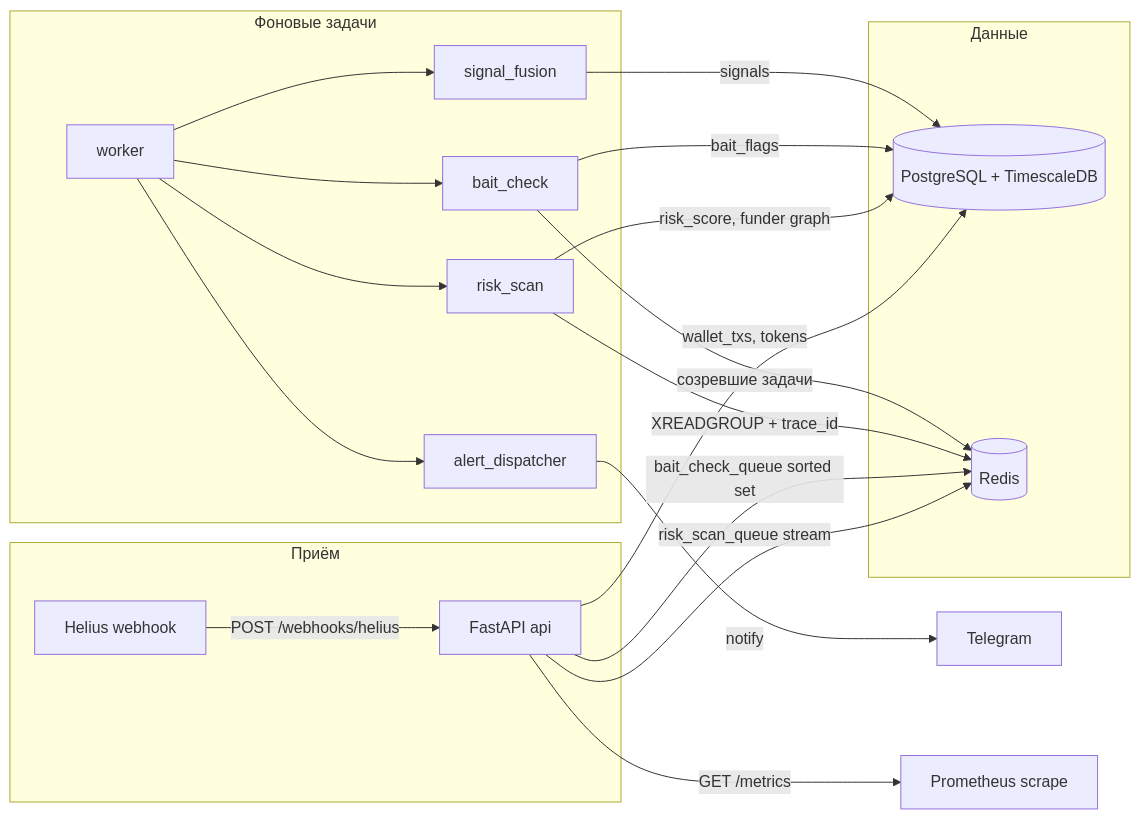
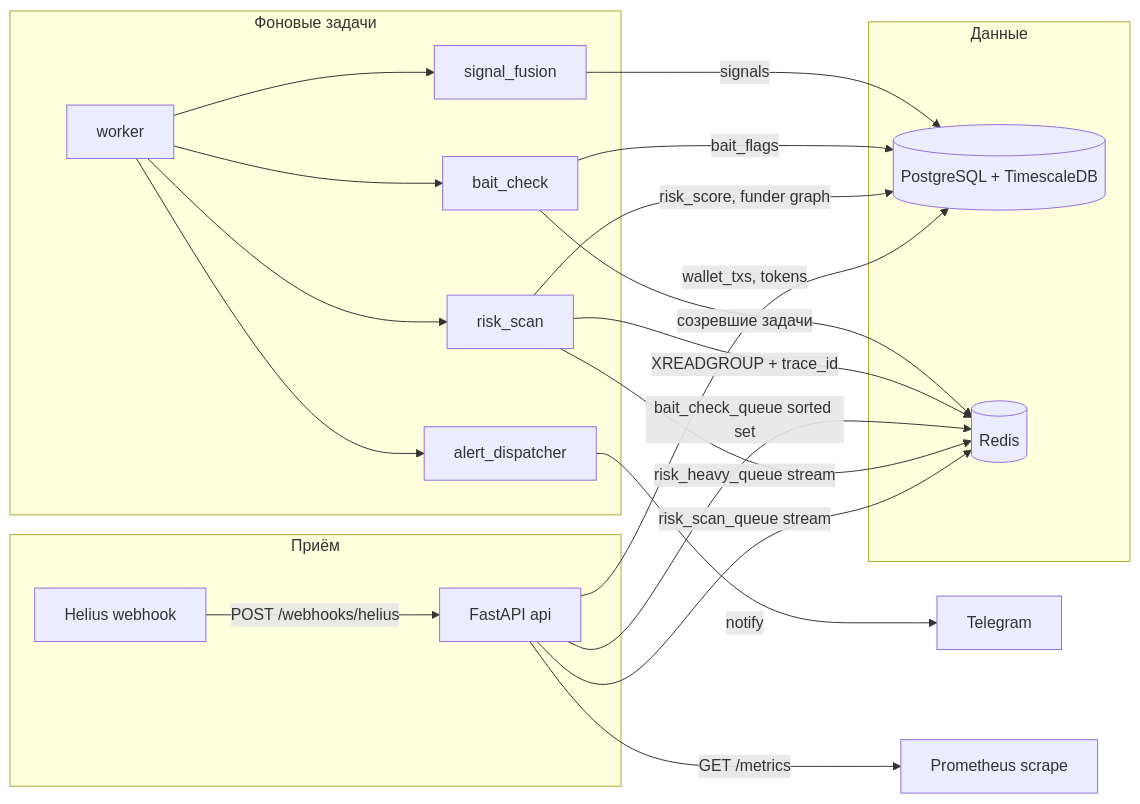
The diagram in README.md (in2erstellar/signal-agent), drawn with Mermaid before and after one commit. The commit also changed other lines of this file and 14 other files, not shown here.

First line of the commit message:
Split the risk scan so the heavy Helius walk does not hold the ack.

````diff
--- a/README.md
+++ b/README.md
@@ -11,35 +11,36 @@
 ```mermaid
 flowchart LR
   subgraph ingest [Приём]
     Helius[Helius webhook]
     API[FastAPI api]
   end
   subgraph data [Данные]
     PG[(PostgreSQL + TimescaleDB)]
     Redis[(Redis)]
   end
   subgraph jobs [Фоновые задачи]
     Worker[worker]
     Risk[risk_scan]
     Bait[bait_check]
     Fusion[signal_fusion]
     Alerts[alert_dispatcher]
   end
   TG[Telegram]
 
   Helius -->|POST /webhooks/helius| API
   API -->|wallet_txs, tokens| PG
   API -->|risk_scan_queue stream| Redis
+  Risk -->|risk_heavy_queue stream| Redis
   API -->|bait_check_queue sorted set| Redis
   Worker --> Risk
   Worker --> Bait
   Worker --> Fusion
   Worker --> Alerts
   Risk -->|XREADGROUP + trace_id| Redis
   Risk -->|risk_score, funder graph| PG
   Bait -->|созревшие задачи| Redis
   Bait -->|bait_flags| PG
   Fusion -->|signals| PG
   Alerts -->|notify| TG
   API -->|GET /metrics| Prom[Prometheus scrape]
 ```
````
